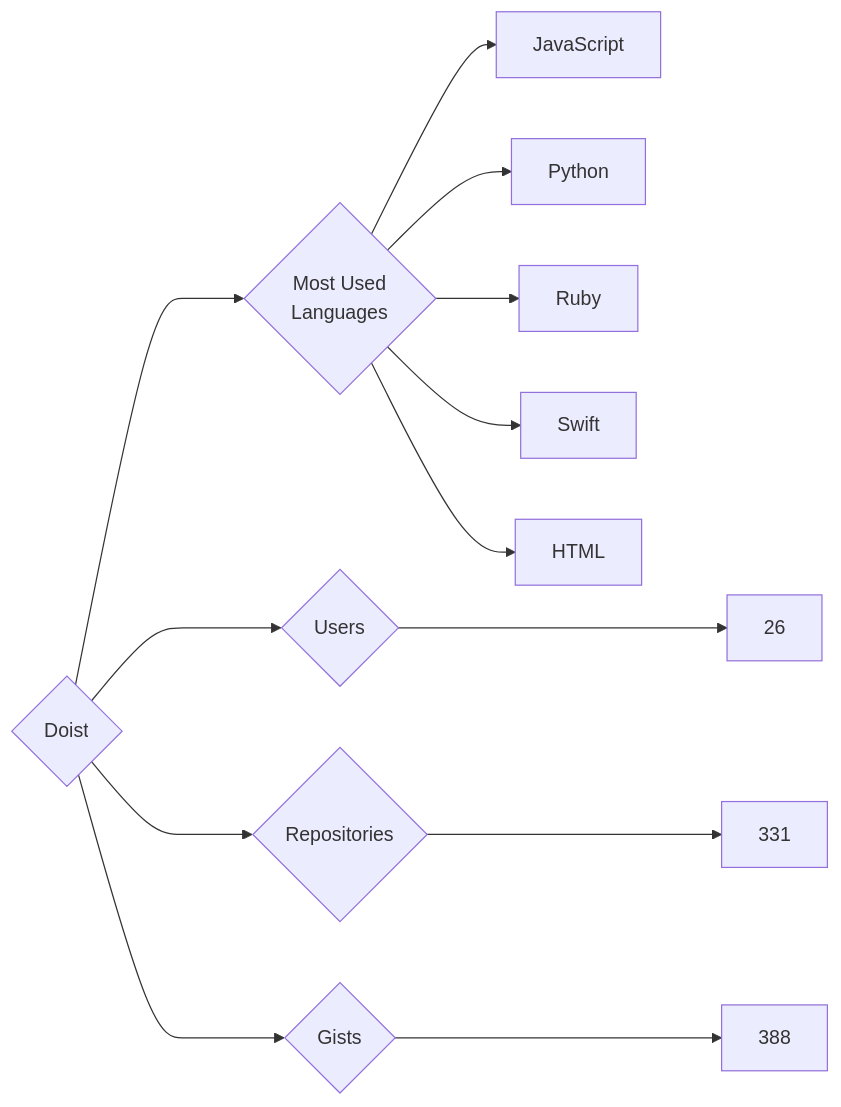
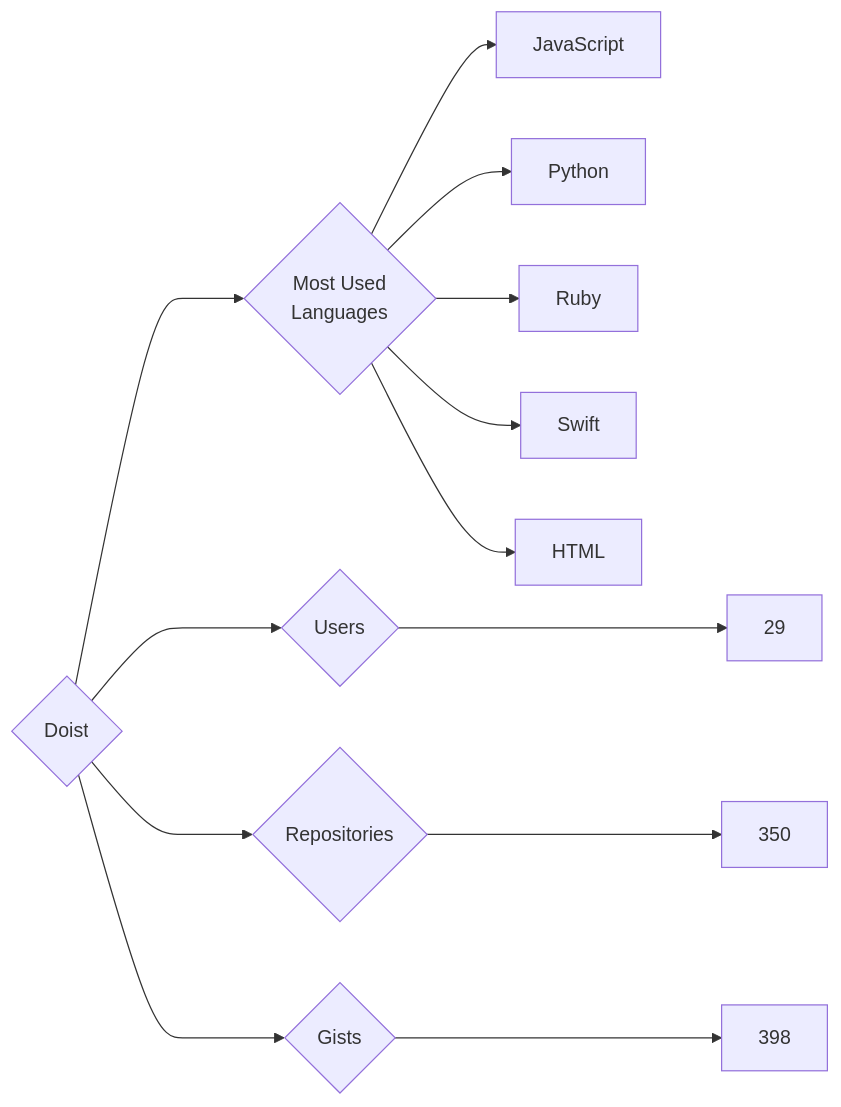
One commit to trickest/insiders changed the diagram in targets/Doist/README.md. Above: the diagram before and after it, drawn with Mermaid. The commit also changed 951 other files, not shown here.

````diff
--- a/targets/Doist/README.md
+++ b/targets/Doist/README.md
@@ -3,13 +3,13 @@
 ```mermaid
 graph LR
 COMPANY_NAME{Doist}
-COMPANY_NAME ---> U{Users} ---> UN[26]
-COMPANY_NAME ---> R{Repositories} ---> RN[331]
-COMPANY_NAME ---> G{Gists} ---> GN[388]
+COMPANY_NAME ---> U{Users} ---> UN[29]
+COMPANY_NAME ---> R{Repositories} ---> RN[350]
+COMPANY_NAME ---> G{Gists} ---> GN[398]
 COMPANY_NAME ---> ML{Most Used<br>Languages}
 ML --> JavaScript[JavaScript]
 ML --> Python[Python]
 ML --> Ruby[Ruby]
 ML --> Swift[Swift]
 ML --> HTML[HTML]
 ```
````
